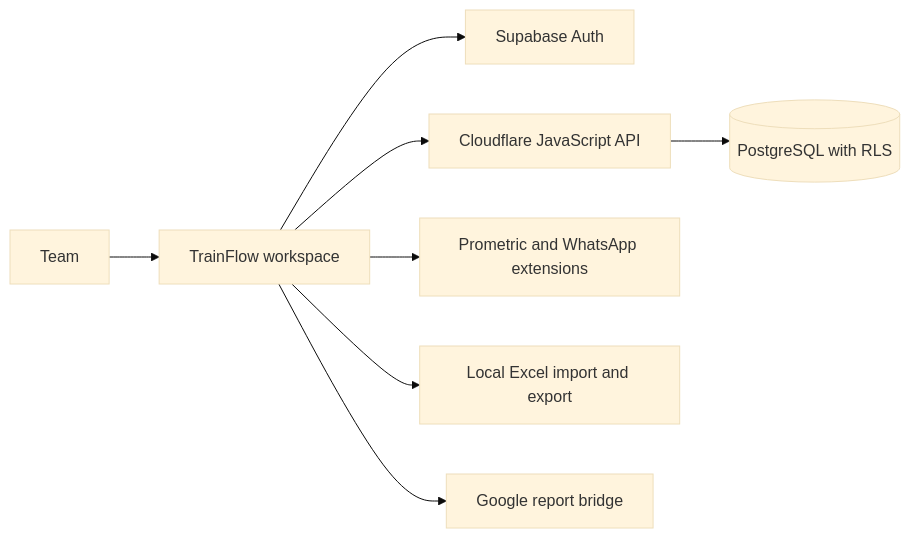
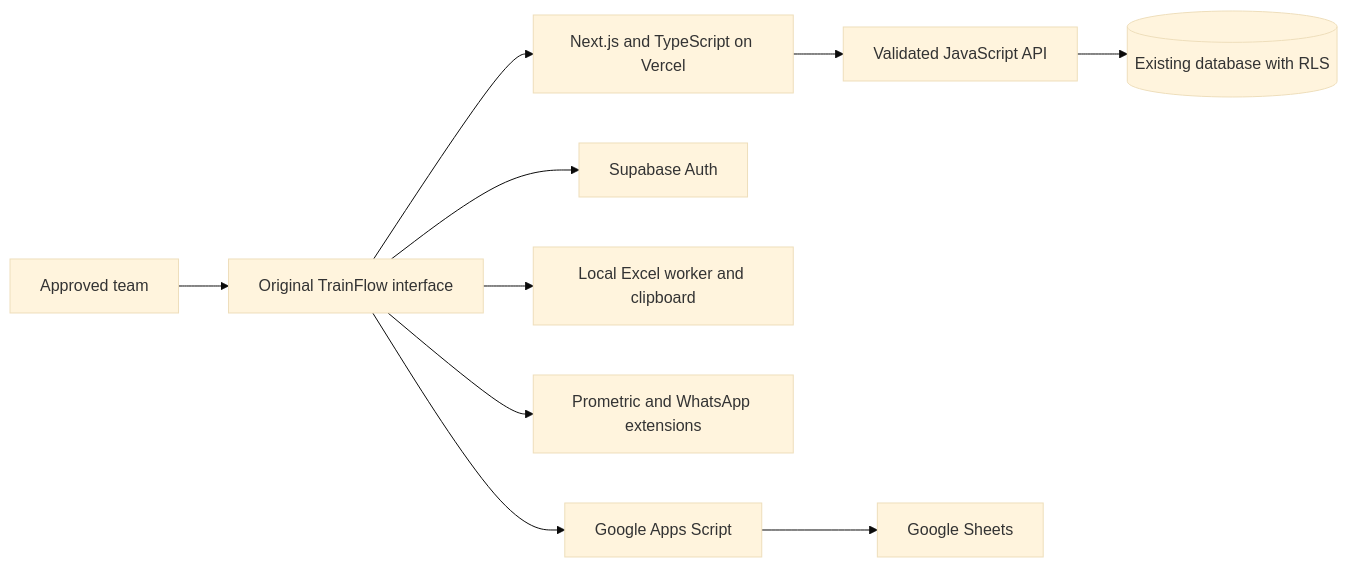
One commit to salahmostava-sys/Trainflow changed the diagram in README.md. Above: the diagram before and after it, drawn with Mermaid (base theme). The commit also changed other lines of this file and 40 other files, not shown here.

````diff
--- a/README.md
+++ b/README.md
@@ -29,10 +75,12 @@
-```mermaid
+~~~mermaid
 flowchart LR
-    Team[Team] --> UI[TrainFlow workspace]
+    Team[Approved team] --> UI[Original TrainFlow interface]
+    UI --> Next[Next.js and TypeScript on Vercel]
     UI --> Auth[Supabase Auth]
-    UI --> API[Cloudflare JavaScript API]
-    API --> DB[(PostgreSQL with RLS)]
-    UI --> Extensions[Prometric and WhatsApp extensions]
-    UI --> Files[Local Excel import and export]
-    UI --> Reports[Google report bridge]
-```
+    Next --> API[Validated JavaScript API]
+    API --> DB[(Existing database with RLS)]
+    UI --> Files[Local Excel worker and clipboard]
+    UI --> Chrome[Prometric and WhatsApp extensions]
+    UI --> Reports[Google Apps Script]
+    Reports --> Sheets[Google Sheets]
+~~~
````
